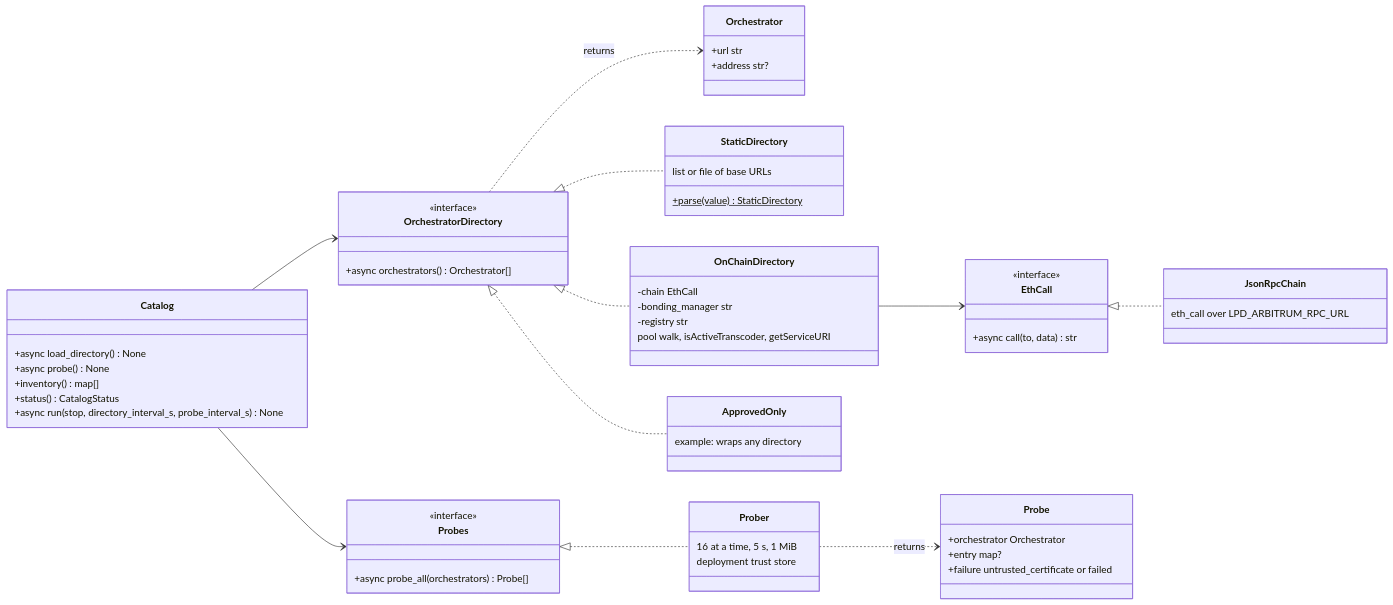
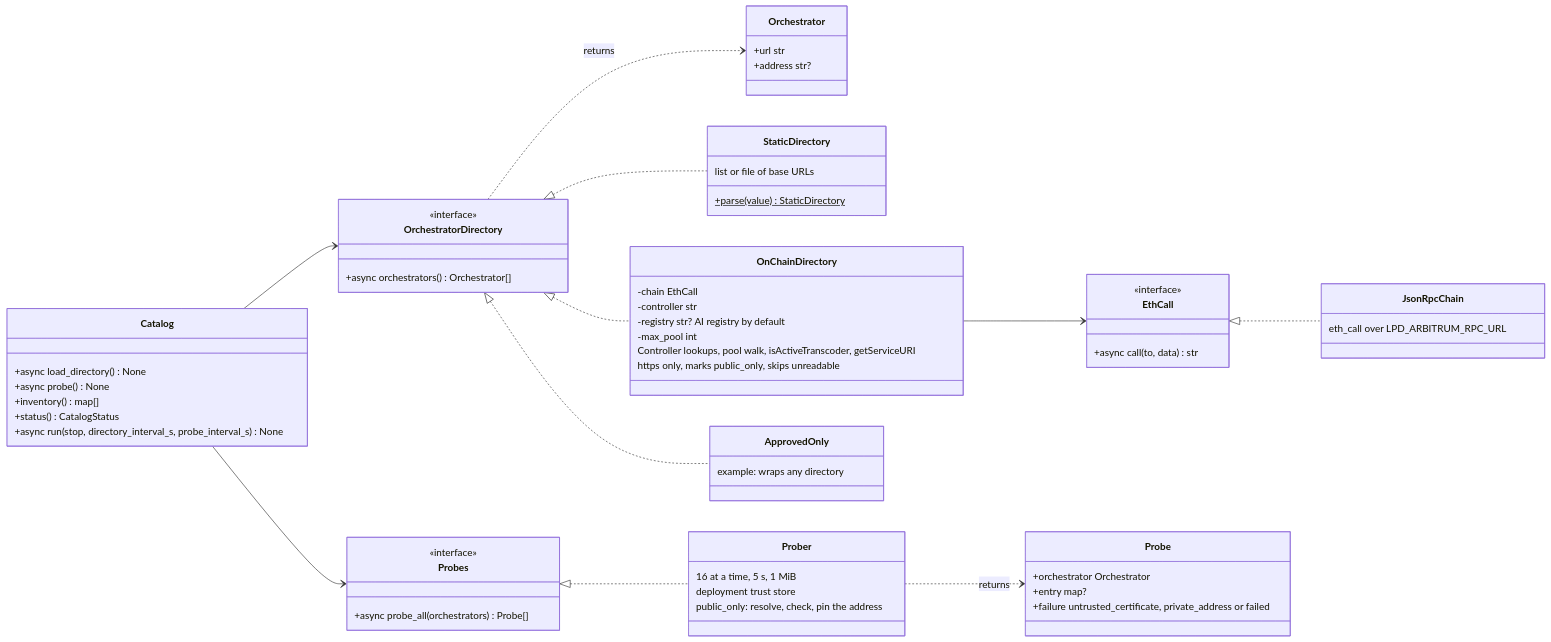
The tenth of 18 diagrams in docs/design-docs/interfaces-and-http-servers.md (NE-Build-Track/livepeer-builder-core), drawn with Mermaid before and after one commit. The commit also changed other lines of this file and 4 other files, not shown here.

First line of the commit message:
docs(discovery): the review fixes in the contract, plan, guide and diagrams (#46 review)

````diff
--- a/docs/design-docs/interfaces-and-http-servers.md
+++ b/docs/design-docs/interfaces-and-http-servers.md
@@ -639,62 +639,65 @@
 ```mermaid
 classDiagram
     direction LR
     class OrchestratorDirectory {
         <<interface>>
         +async orchestrators() Orchestrator[]
     }
     class Orchestrator {
         +url str
         +address str?
     }
     class StaticDirectory {
         +parse(value)$ StaticDirectory
         list or file of base URLs
     }
     class OnChainDirectory {
         -chain EthCall
-        -bonding_manager str
-        -registry str
-        pool walk, isActiveTranscoder, getServiceURI
+        -controller str
+        -registry str? AI registry by default
+        -max_pool int
+        Controller lookups, pool walk, isActiveTranscoder, getServiceURI
+        https only, marks public_only, skips unreadable
     }
     class EthCall {
         <<interface>>
         +async call(to, data) str
     }
     class JsonRpcChain {
         eth_call over LPD_ARBITRUM_RPC_URL
     }
     class ApprovedOnly {
         example: wraps any directory
     }
     class Probes {
         <<interface>>
         +async probe_all(orchestrators) Probe[]
     }
     class Prober {
         16 at a time, 5 s, 1 MiB
         deployment trust store
+        public_only: resolve, check, pin the address
     }
     class Probe {
         +orchestrator Orchestrator
         +entry map?
-        +failure untrusted_certificate or failed
+        +failure untrusted_certificate, private_address or failed
     }
     class Catalog {
         +async load_directory() None
         +async probe() None
         +inventory() map[]
         +status() CatalogStatus
         +async run(stop, directory_interval_s, probe_interval_s) None
     }
     OrchestratorDirectory <|.. StaticDirectory
     OrchestratorDirectory <|.. OnChainDirectory
     OrchestratorDirectory <|.. ApprovedOnly
     OrchestratorDirectory ..> Orchestrator : returns
     OnChainDirectory --> EthCall
     EthCall <|.. JsonRpcChain
     Probes <|.. Prober
     Prober ..> Probe : returns
     Catalog --> OrchestratorDirectory
     Catalog --> Probes
 ```
````
